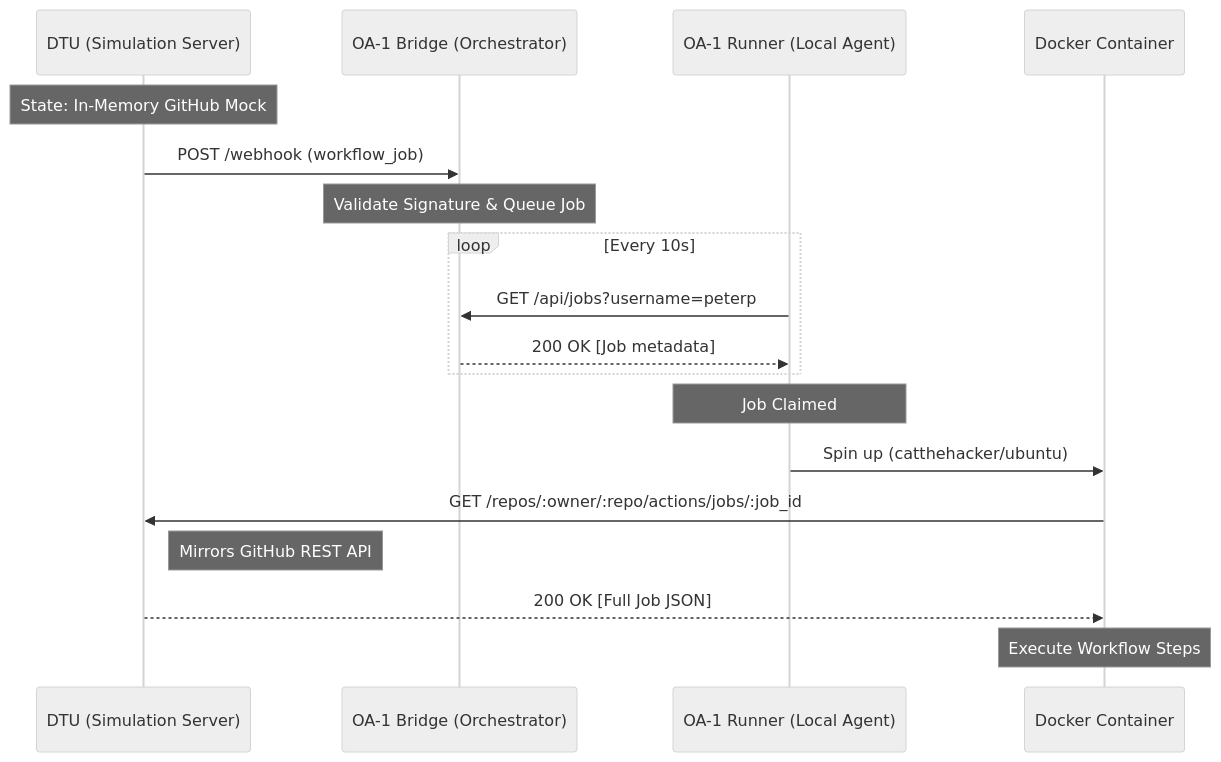
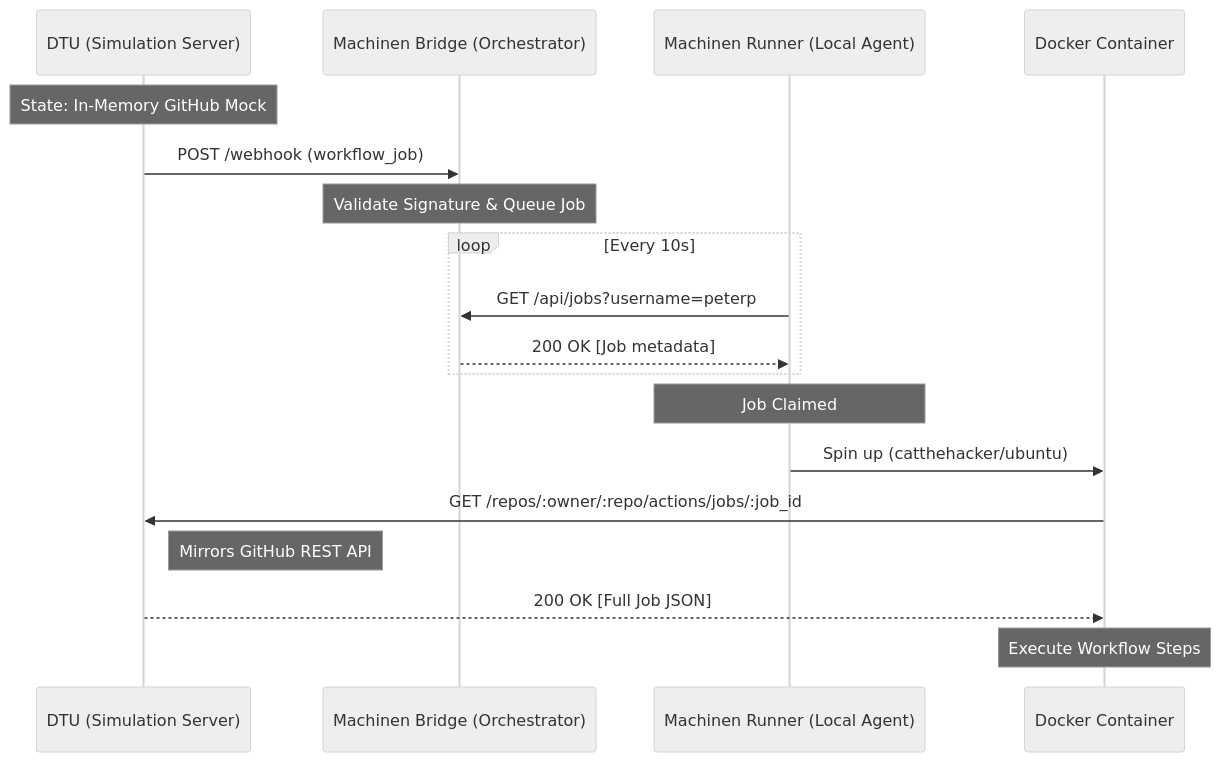
The diagram in docs/github-actions.md (redwoodjs/machinen), drawn with Mermaid (neutral theme) before and after one commit. The commit also changed other lines of this file and 58 other files, not shown here.

````diff
--- a/docs/github-actions.md
+++ b/docs/github-actions.md
@@ -9,25 +9,25 @@
 ```mermaid
 sequenceDiagram
     participant DTU as DTU (Simulation Server)
-    participant Bridge as OA-1 Bridge (Orchestrator)
-    participant Runner as OA-1 Runner (Local Agent)
+    participant Bridge as Machinen Bridge (Orchestrator)
+    participant Runner as Machinen Runner (Local Agent)
     participant Container as Docker Container
 
     Note over DTU: State: In-Memory GitHub Mock
     DTU->>Bridge: POST /webhook (workflow_job)
     Note over Bridge: Validate Signature & Queue Job
 
     loop Every 10s
         Runner->>Bridge: GET /api/jobs?username=peterp
         Bridge-->>Runner: 200 OK [Job metadata]
     end
 
     Note over Runner: Job Claimed
     Runner->>Container: Spin up (catthehacker/ubuntu)
 
     Container->>DTU: GET /repos/:owner/:repo/actions/jobs/:job_id
     Note right of DTU: Mirrors GitHub REST API
     DTU-->>Container: 200 OK [Full Job JSON]
 
     Note over Container: Execute Workflow Steps
 ```
````
